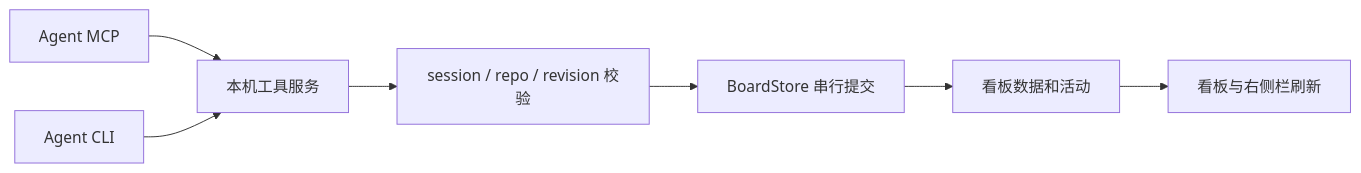
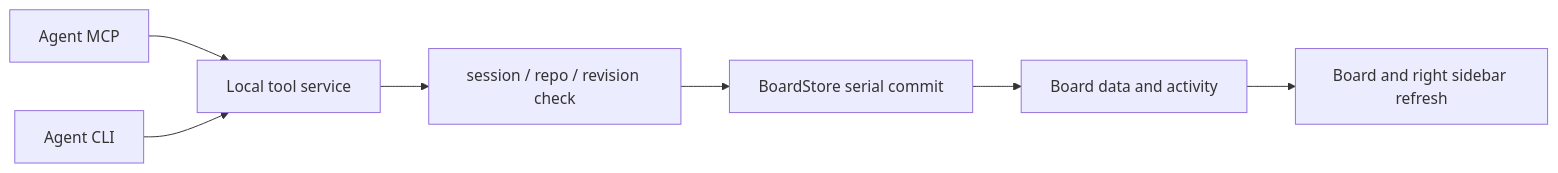
Before and after one commit to noahfidel/flowly: the diagram in docs/PHASE-02-SPEC.md, drawn with Mermaid. The commit also changed other lines of this file, not shown here.

````diff
--- a/docs/PHASE-02-SPEC.md
+++ b/docs/PHASE-02-SPEC.md
@@ -140,9 +140,9 @@
 ```mermaid
 flowchart LR
-    A[Agent MCP] --> S[本机工具服务]
+    A[Agent MCP] --> S[Local tool service]
     C[Agent CLI] --> S
-    S --> V[session / repo / revision 校验]
-    V --> W[BoardStore 串行提交]
-    W --> B[看板数据和活动]
-    B --> U[看板与右侧栏刷新]
+    S --> V[session / repo / revision check]
+    V --> W[BoardStore serial commit]
+    W --> B[Board data and activity]
+    B --> U[Board and right sidebar refresh]
 ```
````
